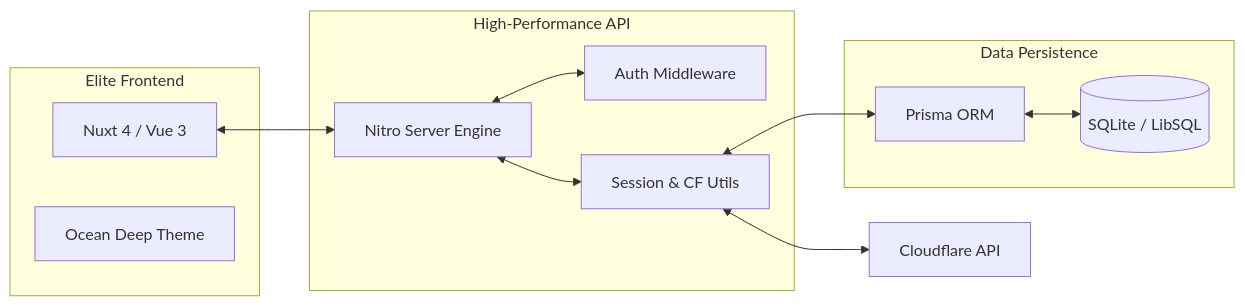
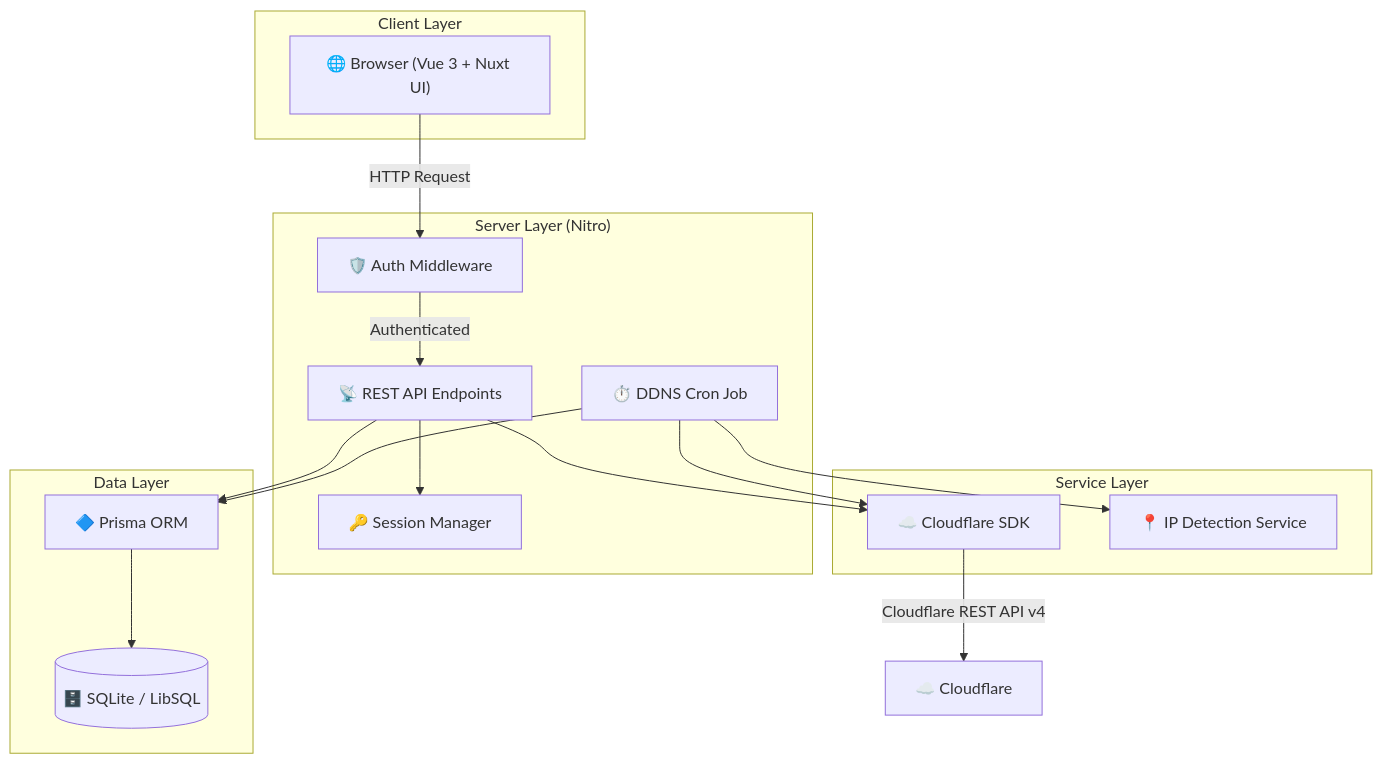
Before and after one commit to riiixch/TetherDNS: the diagram in README-TH.md, drawn with Mermaid. The commit also changed other lines of this file and 5 other files, not shown here.

Commit message:
docs: Revamp README for clarity on features, architecture, and Docker setup, and strengthen session password prompt.

````diff
--- a/README-TH.md
+++ b/README-TH.md
@@ -73,26 +108,34 @@
 ```mermaid
-graph LR
-    subgraph "Elite Frontend"
-        UI[Nuxt 4 / Vue 3]
-        Theme[Ocean Deep Theme]
+graph TD
+    subgraph "Client Layer"
+        Browser["🌐 Browser (Vue 3 + Nuxt UI)"]
     end
 
-    subgraph "High-Performance API"
-        Nitro[Nitro Server Engine]
-        Middle[Auth Middleware]
-        Utility[Session & CF Utils]
+    subgraph "Server Layer (Nitro)"
+        Middleware["🛡️ Auth Middleware"]
+        API["📡 REST API Endpoints"]
+        Session["🔑 Session Manager"]
+        Cron["⏱️ DDNS Cron Job"]
     end
 
-    subgraph "Data Persistence"
-        Prisma[Prisma ORM]
-        DB[(SQLite / LibSQL)]
+    subgraph "Service Layer"
+        CFService["☁️ Cloudflare SDK"]
+        IPService["📍 IP Detection Service"]
     end
 
-    UI <--> Nitro
-    Nitro <--> Middle
-    Nitro <--> Utility
-    Utility <--> CF[Cloudflare API]
-    Utility <--> Prisma
-    Prisma <--> DB
+    subgraph "Data Layer"
+        Prisma["🔷 Prisma ORM"]
+        SQLite[("🗄️ SQLite / LibSQL")]
+    end
 
+    Browser -->|"HTTP Request"| Middleware
+    Middleware -->|"Authenticated"| API
+    API --> Session
+    API --> CFService
+    API --> Prisma
+    Cron --> IPService
+    Cron --> CFService
+    Cron --> Prisma
+    CFService -->|"Cloudflare REST API v4"| Cloudflare["☁️ Cloudflare"]
+    Prisma --> SQLite
 ```
````
